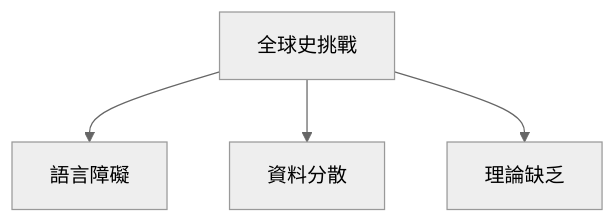
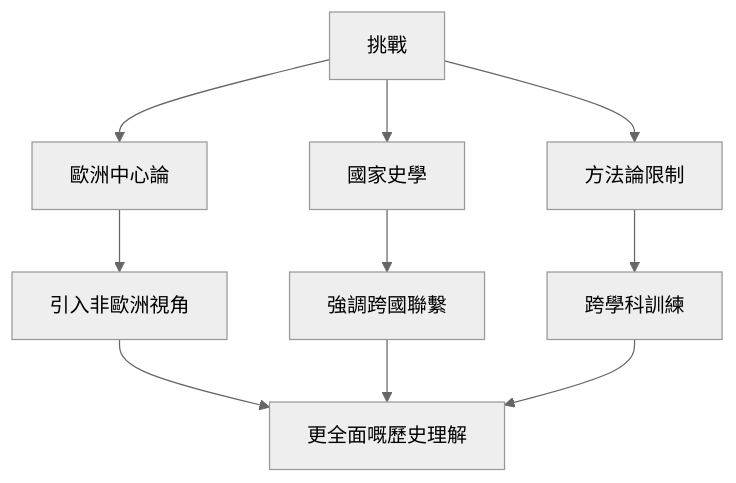
The tenth of 10 diagrams in 01_HKU_Courses/HIST2233_Globalizing_History.md (yip-lgtm/HKU-Harvard-History-Self-Study), drawn with Mermaid (neutral theme) before and after one commit. The commit also changed other lines of this file and 65 other files, not shown here.

````diff
--- a/01_HKU_Courses/HIST2233_Globalizing_History.md
+++ b/01_HKU_Courses/HIST2233_Globalizing_History.md
@@ -135,6 +370,12 @@
 ```mermaid
 flowchart TD
-    A[全球史挑戰] --> B[語言障礙]
-    A --> C[資料分散]
-    A --> D[理論缺乏]
+    A[挑戰] --> B[歐洲中心論]
+    A --> C[國家史學]
+    A --> D[方法論限制]
+    B --> E[引入非歐洲視角]
+    C --> F[強調跨國聯繫]
+    D --> G[跨學科訓練]
+    E --> H[更全面嘅歷史理解]
+    F --> H
+    G --> H
 ```
````
